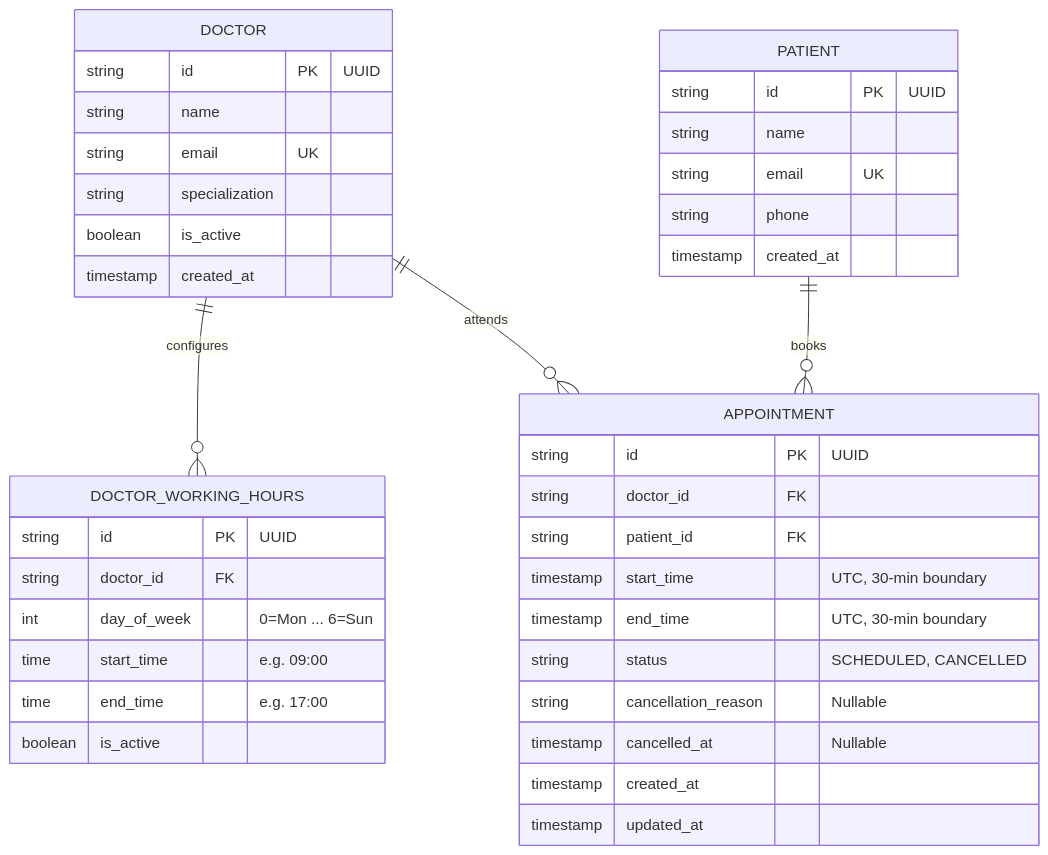
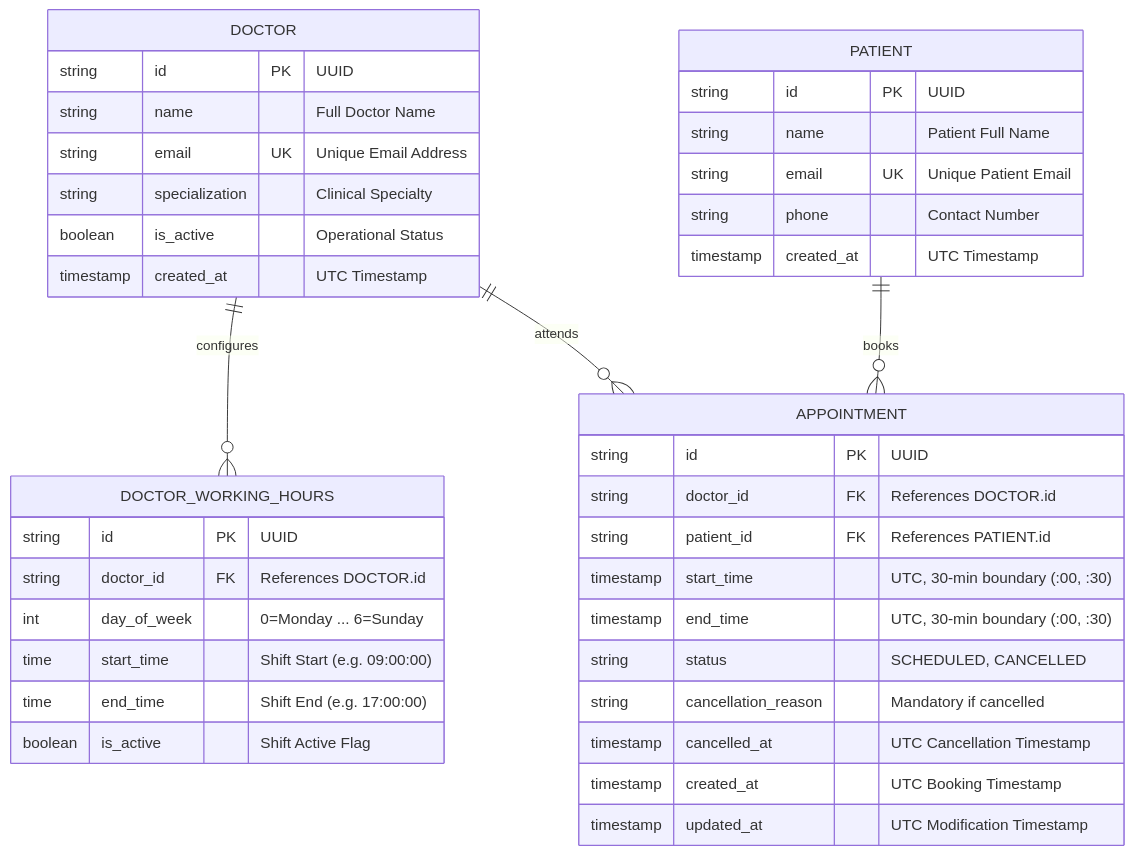
Before and after one commit to GeraldWambui/savannah-clinic-booking-api: the first of 2 diagrams in README.md, drawn with Mermaid. The commit also changed other lines of this file and 23 other files, not shown here.

Commit message:
docs: overhaul README with landscape architecture diagram and AWS Terraform specification

````diff
--- a/README.md
+++ b/README.md
@@ -63,45 +86,45 @@
 ```mermaid
 erDiagram
     DOCTOR ||--o{ DOCTOR_WORKING_HOURS : "configures"
     DOCTOR ||--o{ APPOINTMENT : "attends"
     PATIENT ||--o{ APPOINTMENT : "books"
 
     DOCTOR {
         string id PK "UUID"
-        string name
-        string email UK
-        string specialization
-        boolean is_active
-        timestamp created_at
+        string name "Full Doctor Name"
+        string email UK "Unique Email Address"
+        string specialization "Clinical Specialty"
+        boolean is_active "Operational Status"
+        timestamp created_at "UTC Timestamp"
     }
 
     DOCTOR_WORKING_HOURS {
         string id PK "UUID"
-        string doctor_id FK
-        int day_of_week "0=Mon ... 6=Sun"
-        time start_time "e.g. 09:00"
-        time end_time "e.g. 17:00"
-        boolean is_active
+        string doctor_id FK "References DOCTOR.id"
+        int day_of_week "0=Monday ... 6=Sunday"
+        time start_time "Shift Start (e.g. 09:00:00)"
+        time end_time "Shift End (e.g. 17:00:00)"
+        boolean is_active "Shift Active Flag"
     }
 
     PATIENT {
         string id PK "UUID"
-        string name
-        string email UK
-        string phone
-        timestamp created_at
+        string name "Patient Full Name"
+        string email UK "Unique Patient Email"
+        string phone "Contact Number"
+        timestamp created_at "UTC Timestamp"
     }
 
     APPOINTMENT {
         string id PK "UUID"
-        string doctor_id FK
-        string patient_id FK
-        timestamp start_time "UTC, 30-min boundary"
-        timestamp end_time "UTC, 30-min boundary"
+        string doctor_id FK "References DOCTOR.id"
+        string patient_id FK "References PATIENT.id"
+        timestamp start_time "UTC, 30-min boundary (:00, :30)"
+        timestamp end_time "UTC, 30-min boundary (:00, :30)"
         string status "SCHEDULED, CANCELLED"
-        string cancellation_reason "Nullable"
-        timestamp cancelled_at "Nullable"
-        timestamp created_at
-        timestamp updated_at
+        string cancellation_reason "Mandatory if cancelled"
+        timestamp cancelled_at "UTC Cancellation Timestamp"
+        timestamp created_at "UTC Booking Timestamp"
+        timestamp updated_at "UTC Modification Timestamp"
     }
 ```
````
